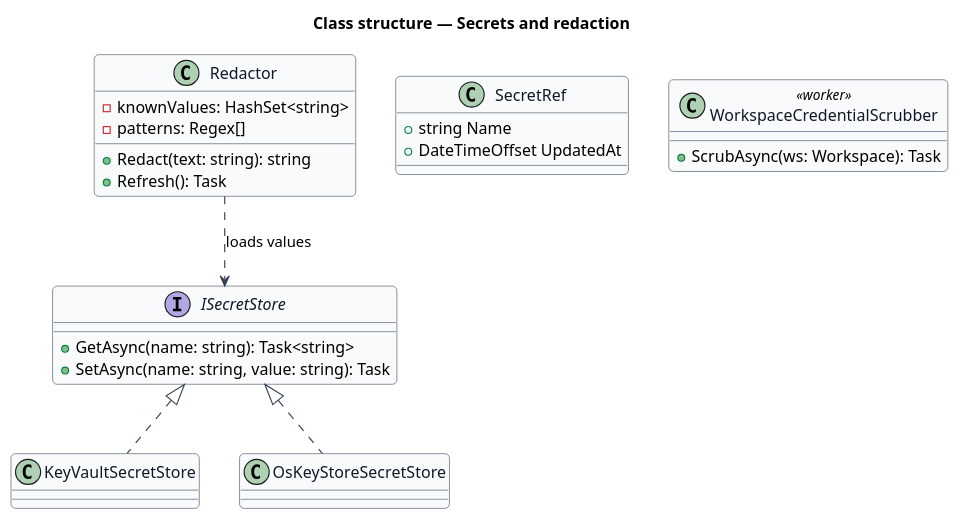
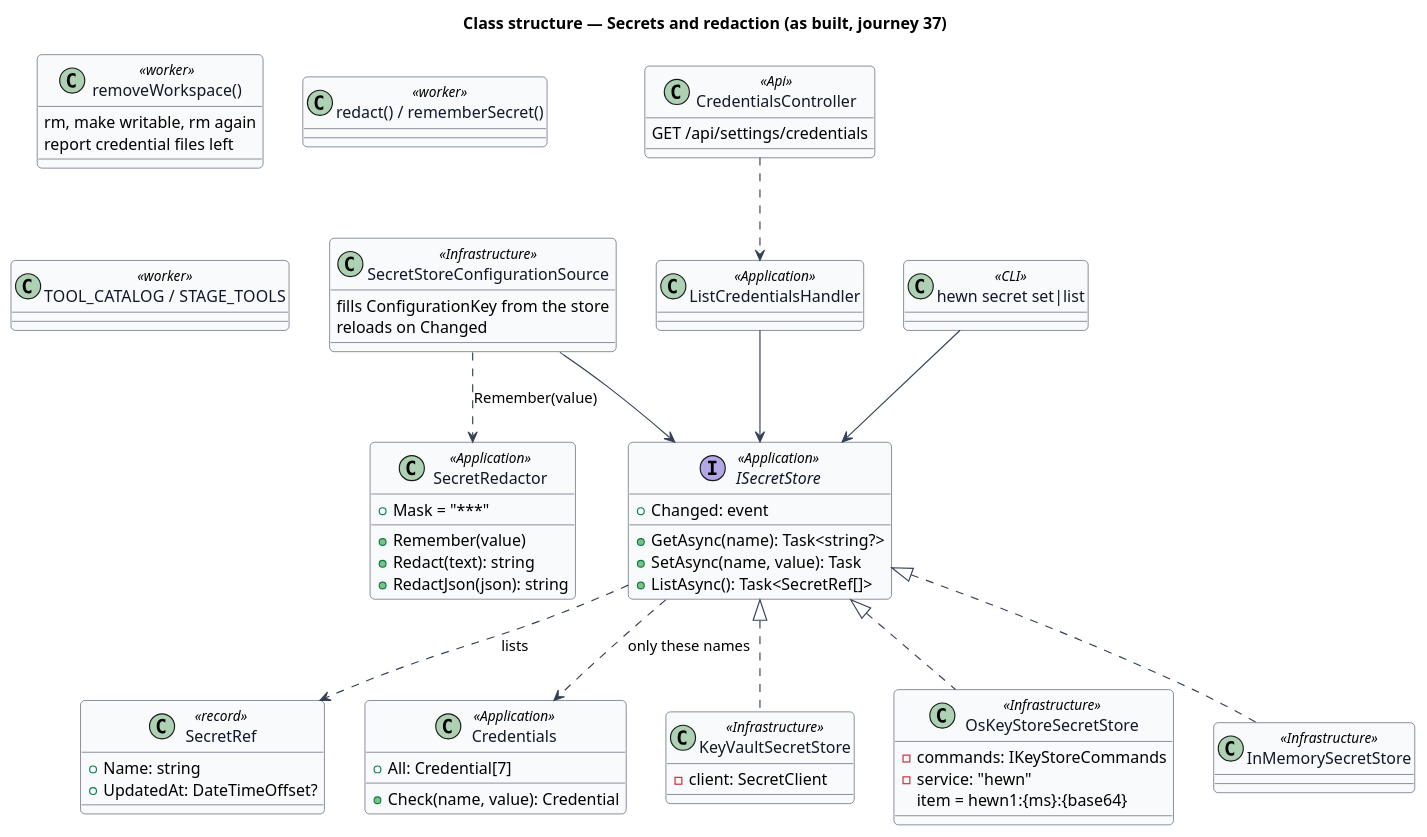
One commit to QuinntyneBrown/hewn changed the diagram in docs/detailed-designs/security/secrets-and-redaction/diagrams/class-structure.puml. Above: the diagram before and after it, drawn with PlantUML. The commit also changed 72 other files, not shown here.

First line of the commit message:
Configure protected service credentials (journey 37, L2-040, L2-042) (#45)

```diff
--- a/docs/detailed-designs/security/secrets-and-redaction/diagrams/class-structure.puml
+++ b/docs/detailed-designs/security/secrets-and-redaction/diagrams/class-structure.puml
@@ -1,36 +1,69 @@
 @startuml
 skinparam backgroundColor #FFFFFF
 skinparam shadowing false
 skinparam roundcorner 8
 skinparam defaultFontName Arial
 skinparam ArrowColor #344054
 skinparam class {
   BorderColor #344054
   FontColor #101828
   BackgroundColor #F9FAFB
 }
-title Class structure — Secrets and redaction
+title Class structure — Secrets and redaction (as built, journey 37)
 
-interface ISecretStore {
-  +GetAsync(name: string): Task<string>
-  +SetAsync(name: string, value: string): Task
+interface ISecretStore <<Application>> {
+  +Changed: event
+  +GetAsync(name): Task<string?>
+  +SetAsync(name, value): Task
+  +ListAsync(): Task<SecretRef[]>
 }
-class KeyVaultSecretStore
-class OsKeyStoreSecretStore
-class SecretRef {
-  +string Name
-  +DateTimeOffset UpdatedAt
+class SecretRef <<record>> {
+  +Name: string
+  +UpdatedAt: DateTimeOffset?
 }
-class Redactor {
-  -knownValues: HashSet<string>
-  -patterns: Regex[]
-  +Redact(text: string): string
-  +Refresh(): Task
+class Credentials <<Application>> {
+  +All: Credential[7]
+  +Check(name, value): Credential
 }
-class WorkspaceCredentialScrubber <<worker>> {
-  +ScrubAsync(ws: Workspace): Task
+class KeyVaultSecretStore <<Infrastructure>> {
+  -client: SecretClient
 }
+class OsKeyStoreSecretStore <<Infrastructure>> {
+  -commands: IKeyStoreCommands
+  -service: "hewn"
+  item = hewn1:{ms}:{base64}
+}
+class InMemorySecretStore <<Infrastructure>>
+class SecretStoreConfigurationSource <<Infrastructure>> {
+  fills ConfigurationKey from the store
+  reloads on Changed
+}
+class SecretRedactor <<Application>> {
+  +Mask = "***"
+  +Remember(value)
+  +Redact(text): string
+  +RedactJson(json): string
+}
+class ListCredentialsHandler <<Application>>
+class CredentialsController <<Api>> {
+  GET /api/settings/credentials
+}
+class "hewn secret set|list" as Cli <<CLI>>
+class "removeWorkspace()" as Remove <<worker>> {
+  rm, make writable, rm again
+  report credential files left
+}
+class "redact() / rememberSecret()" as WorkerRedact <<worker>>
+class "TOOL_CATALOG / STAGE_TOOLS" as Catalog <<worker>>
+
 ISecretStore <|.. KeyVaultSecretStore
 ISecretStore <|.. OsKeyStoreSecretStore
-Redactor ..> ISecretStore : loads values
+ISecretStore <|.. InMemorySecretStore
+ISecretStore ..> SecretRef : lists
+ISecretStore ..> Credentials : only these names
+SecretStoreConfigurationSource --> ISecretStore
+SecretStoreConfigurationSource ..> SecretRedactor : Remember(value)
+ListCredentialsHandler --> ISecretStore
+CredentialsController ..> ListCredentialsHandler
+Cli --> ISecretStore
 @enduml
```
